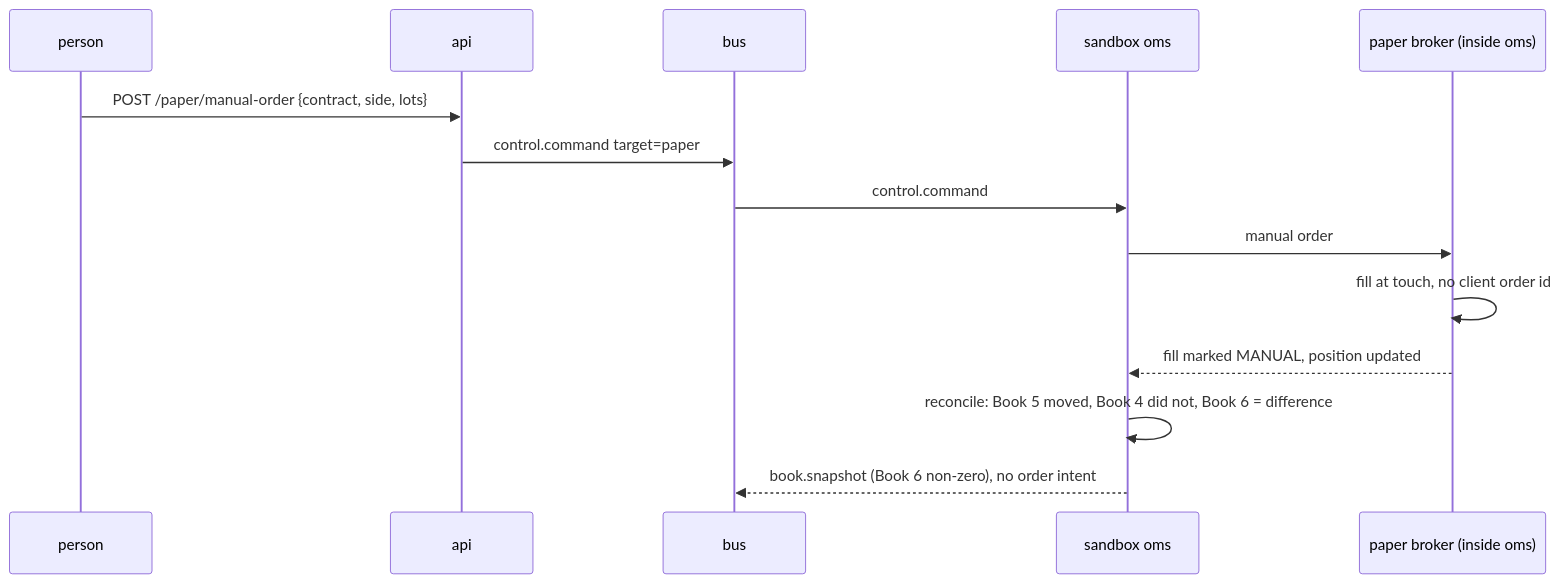
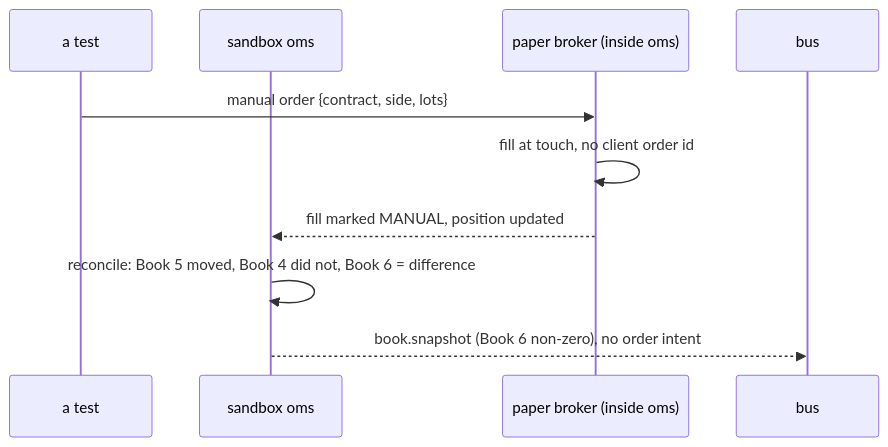
Before and after one commit to lalitkarthik/delta-exchange-payoff: the diagram in docs/design/execution/paper-broker.md, drawn with Mermaid. The commit also changed other lines of this file and 10 other files, not shown here.

````diff
--- a/docs/design/execution/paper-broker.md
+++ b/docs/design/execution/paper-broker.md
@@ -66,16 +84,12 @@
 ```mermaid
 sequenceDiagram
-  participant P as person
-  participant API as api
-  participant BUS as bus
+  participant P as a test
   participant OMS as sandbox oms
   participant PB as paper broker (inside oms)
-  P->>API: POST /paper/manual-order {contract, side, lots}
-  API->>BUS: control.command target=paper
-  BUS->>OMS: control.command
-  OMS->>PB: manual order
+  participant BUS as bus
+  P->>PB: manual order {contract, side, lots}
   PB->>PB: fill at touch, no client order id
   PB-->>OMS: fill marked MANUAL, position updated
   OMS->>OMS: reconcile: Book 5 moved, Book 4 did not, Book 6 = difference
   OMS-->>BUS: book.snapshot (Book 6 non-zero), no order intent
 ```
````
